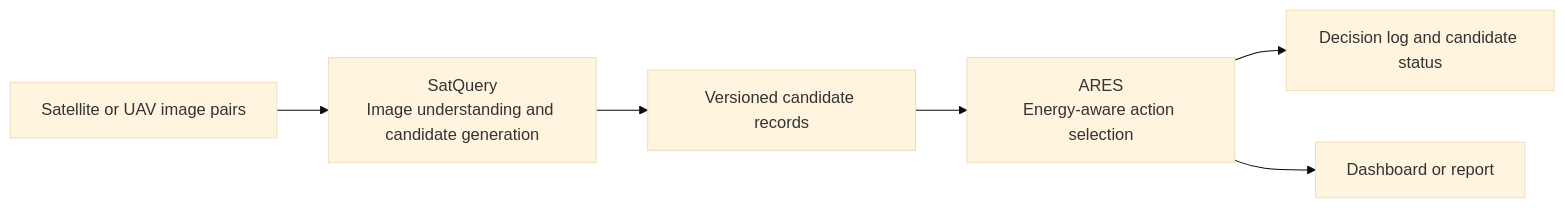
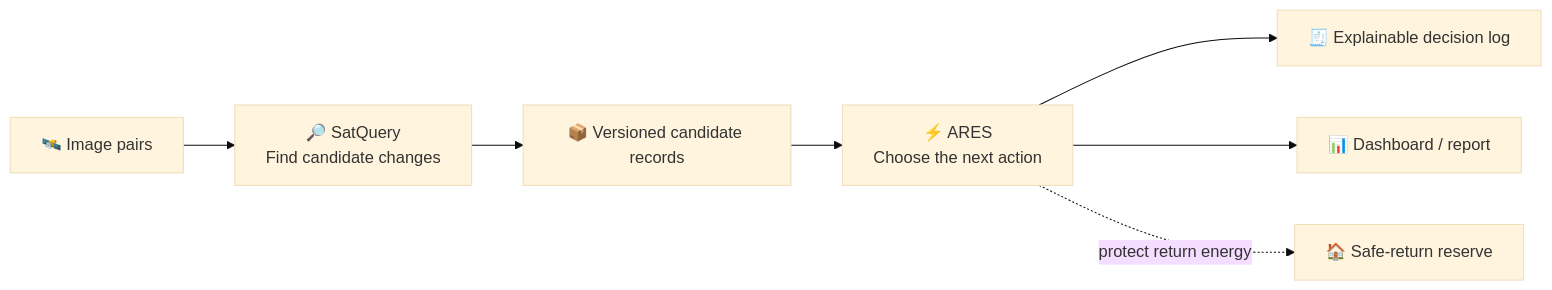
One commit to Aditya-dxt/ORBITRA changed the diagram in README.md. Above: the diagram before and after it, drawn with Mermaid (base theme). The commit also changed other lines of this file, not shown here.

````diff
--- a/README.md
+++ b/README.md
@@ -17,8 +25,9 @@
 ```mermaid
 flowchart LR
-    I[Satellite or UAV image pairs] --> S[SatQuery<br/>Image understanding and candidate generation]
-    S --> C[Versioned candidate records]
-    C --> A[ARES<br/>Energy-aware action selection]
-    A --> L[Decision log and candidate status]
-    A --> D[Dashboard or report]
+    I[🛰️ Image pairs] --> S[🔎 SatQuery<br/>Find candidate changes]
+    S --> R[📦 Versioned candidate records]
+    R --> A[⚡ ARES<br/>Choose the next action]
+    A --> D[🧾 Explainable decision log]
+    A --> V[📊 Dashboard / report]
+    A -. protect return energy .-> H[🏠 Safe-return reserve]
 ```
````
